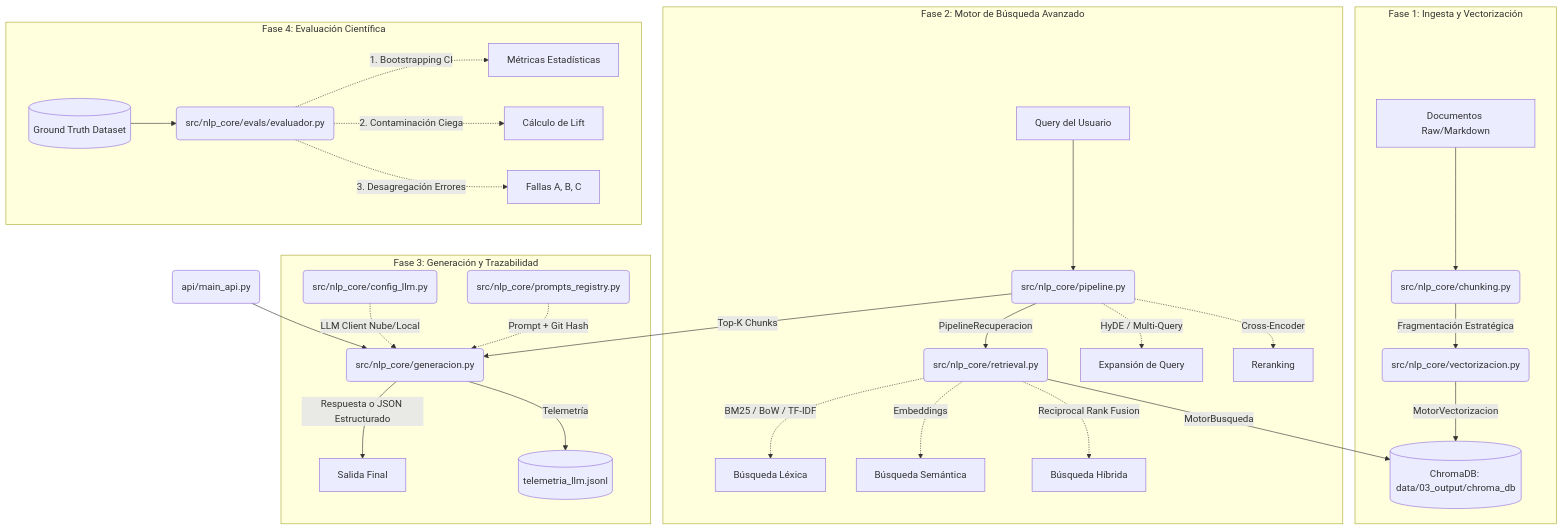
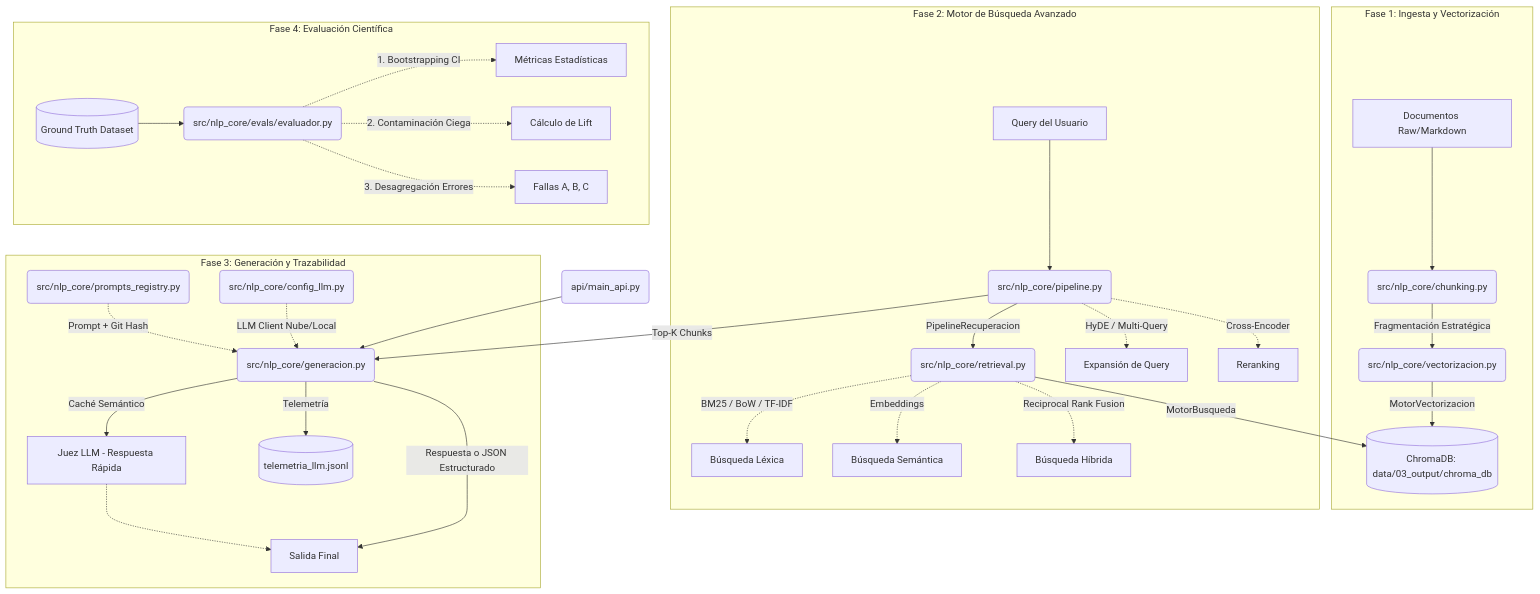
One commit to alexandro-mayoral-teran/proyecto_disf_npl changed the diagram in docs/arquitectura/arquitectura_rag.md. Above: the diagram before and after it, drawn with Mermaid. The commit also changed other lines of this file and 72 other files, not shown here.

````diff
--- a/docs/arquitectura/arquitectura_rag.md
+++ b/docs/arquitectura/arquitectura_rag.md
@@ -15,43 +15,45 @@
 ```mermaid
 graph TD
     %% Ingesta y Vectorización
     subgraph Fase 1: Ingesta y Vectorización
         A[Documentos Raw/Markdown] --> B(src/nlp_core/chunking.py)
         B -->|Fragmentación Estratégica| C(src/nlp_core/vectorizacion.py)
         C -->|MotorVectorizacion| D[(ChromaDB: data/03_output/chroma_db)]
     end
 
     %% Recuperación (Retrieval)
     subgraph Fase 2: Motor de Búsqueda Avanzado
         U[Query del Usuario] --> E(src/nlp_core/pipeline.py)
         E -->|PipelineRecuperacion| F(src/nlp_core/retrieval.py)
         F -->|MotorBusqueda| D
         F -.->|BM25 / BoW / TF-IDF| G[Búsqueda Léxica]
         F -.->|Embeddings| H[Búsqueda Semántica]
         F -.->|Reciprocal Rank Fusion| I[Búsqueda Híbrida]
         E -.->|HyDE / Multi-Query| J[Expansión de Query]
         E -.->|Cross-Encoder| K[Reranking]
     end
 
     %% Generación y Orquestación
     subgraph Fase 3: Generación y Trazabilidad
         L(src/nlp_core/generacion.py)
         E -->|Top-K Chunks| L
         M(src/nlp_core/prompts_registry.py) -.->|Prompt + Git Hash| L
         N(src/nlp_core/config_llm.py) -.->|LLM Client Nube/Local| L
+        L -->|Caché Semántico| CACHE[Juez LLM - Respuesta Rápida]
+        CACHE -.-> O
         L -->|Respuesta o JSON Estructurado| O[Salida Final]
         L -->|Telemetría| P[(telemetria_llm.jsonl)]
     end
 
     %% Evaluación Científica
     subgraph Fase 4: Evaluación Científica
         Q(src/nlp_core/evals/evaluador.py)
         R[(Ground Truth Dataset)] --> Q
         Q -.->|1. Bootstrapping CI| S[Métricas Estadísticas]
         Q -.->|2. Contaminación Ciega| T[Cálculo de Lift]
         Q -.->|3. Desagregación Errores| U_eval[Fallas A, B, C]
     end
 
     %% API
     V(api/main_api.py) --> L
 ```
````
